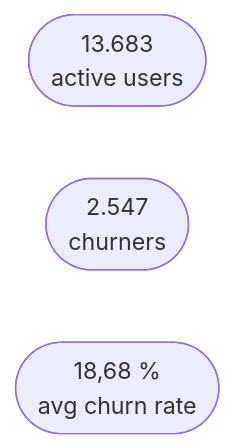
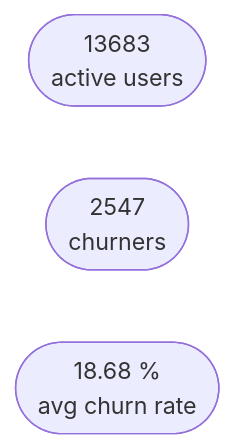
The fifth of 7 diagrams in README.md (lucas-dpontes/NeoBank-User-Engagement-Analysis), drawn with Mermaid before and after one commit. The commit also changed other lines of this file, not shown here.

````diff
--- a/README.md
+++ b/README.md
@@ -88,9 +86,9 @@
 ```mermaid
 flowchart LR
-    id1([13.683
+    id1([13683
 active users])
-    id2([2.547
+    id2([2547
 churners])
-    id3([18,68 %
+    id3([18.68 %
 avg churn rate])
 ```
````
